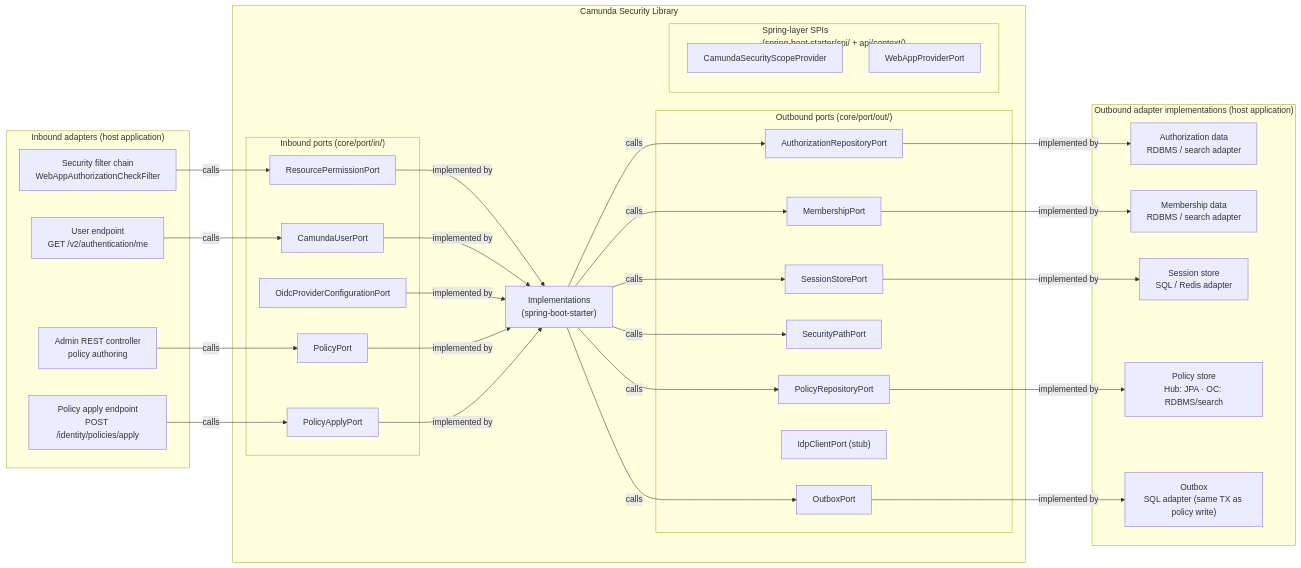
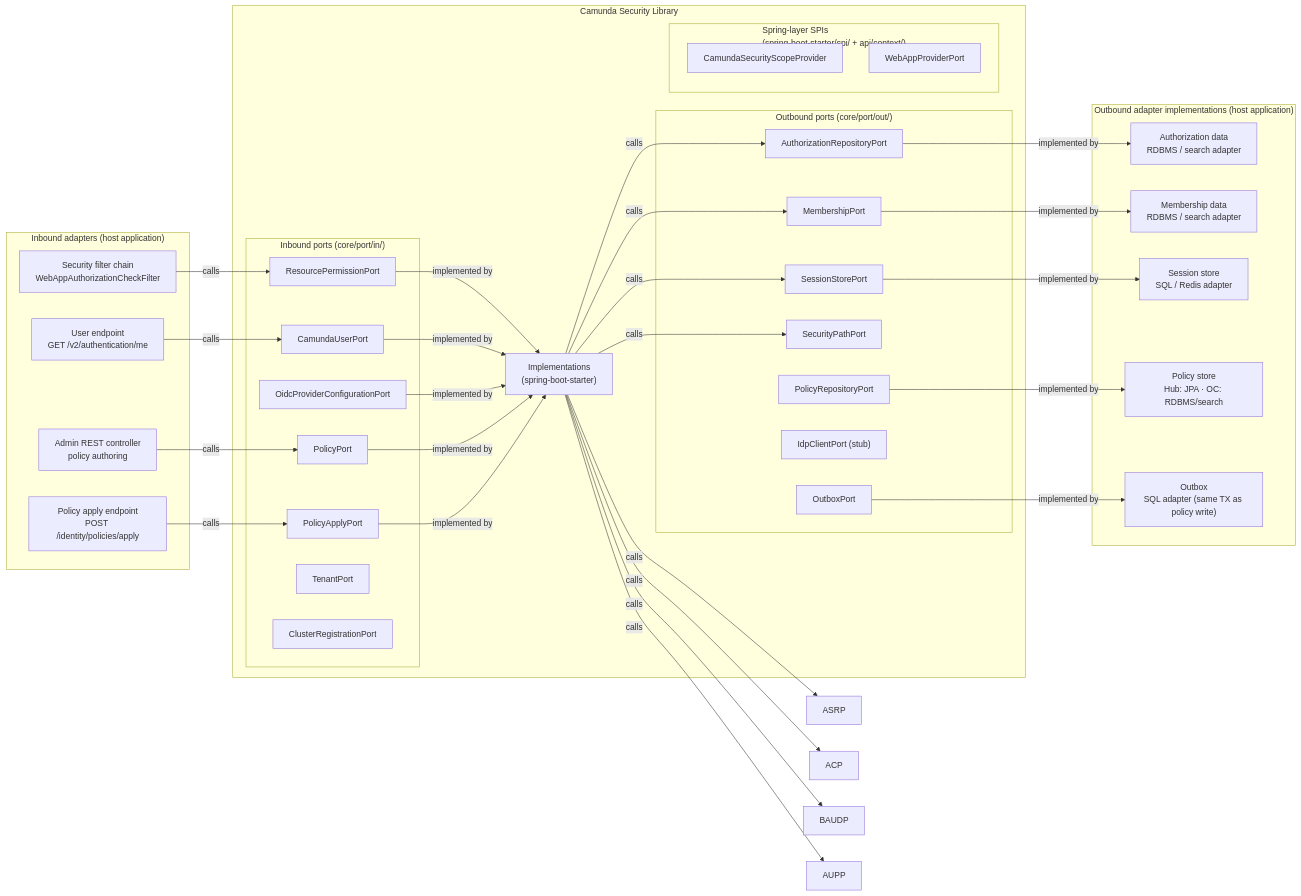
The eighth of 20 diagrams in docs/architecture_docs.md (camunda/camunda-security-library), drawn with Mermaid before and after one commit. The commit also changed other lines of this file and 1 other file, not shown here.

````diff
--- a/docs/architecture_docs.md
+++ b/docs/architecture_docs.md
@@ -832,56 +830,58 @@
 ```mermaid
 graph LR
   subgraph EXT_IN["Inbound adapters (host application)"]
     SC["Security filter chain</br>WebAppAuthorizationCheckFilter"]
     UE["User endpoint</br>GET /v2/authentication/me"]
     PAC["Policy apply endpoint</br>POST /identity/policies/apply"]
     AC["Admin REST controller</br>policy authoring"]
   end
 
   subgraph CORE["Camunda Security Library"]
     subgraph IN_PORTS["Inbound ports (core/port/in/)"]
       RPP["ResourcePermissionPort"]
       CUP["CamundaUserPort"]
       OCP["OidcProviderConfigurationPort"]
       PP["PolicyPort"]
       PAP["PolicyApplyPort"]
+      TP["TenantPort"]
+      CRP["ClusterRegistrationPort"]
     end
     DL["Implementations</br>(spring-boot-starter)"]
     subgraph OUT_PORTS["Outbound ports (core/port/out/)"]
       ARP["AuthorizationRepositoryPort"]
       MP["MembershipPort"]
       SSP["SessionStorePort"]
       SECP["SecurityPathPort"]
       PRP["PolicyRepositoryPort"]
       IDP_P["IdpClientPort (stub)"]
       OX["OutboxPort"]
     end
     subgraph SPRING_SPI["Spring-layer SPIs</br>(spring-boot-starter/spi/ + api/context/)"]
       CSSP["CamundaSecurityScopeProvider"]
       WAPP["WebAppProviderPort"]
     end
   end
 
   subgraph EXT_OUT["Outbound adapter implementations (host application)"]
     ARP_I["Authorization data</br>RDBMS / search adapter"]
     MP_I["Membership data</br>RDBMS / search adapter"]
     SSP_I["Session store</br>SQL / Redis adapter"]
     PRP_I["Policy store</br>Hub: JPA · OC: RDBMS/search"]
     OX_I["Outbox</br>SQL adapter (same TX as policy write)"]
   end
 
   SC -->|"calls"| RPP
   UE -->|"calls"| CUP
   PAC -->|"calls"| PAP
   AC -->|"calls"| PP
 
   RPP & CUP & OCP & PP & PAP -->|"implemented by"| DL
 
-  DL -->|"calls"| ARP & MP & SSP & SECP & PRP & OX
+  DL -->|"calls"| ARP & ASRP & ACP & MP & BAUDP & AUPP & SSP & SECP
 
   ARP -->|"implemented by"| ARP_I
   MP -->|"implemented by"| MP_I
   SSP -->|"implemented by"| SSP_I
   PRP -->|"implemented by"| PRP_I
   OX -->|"implemented by"| OX_I
 ```
````
